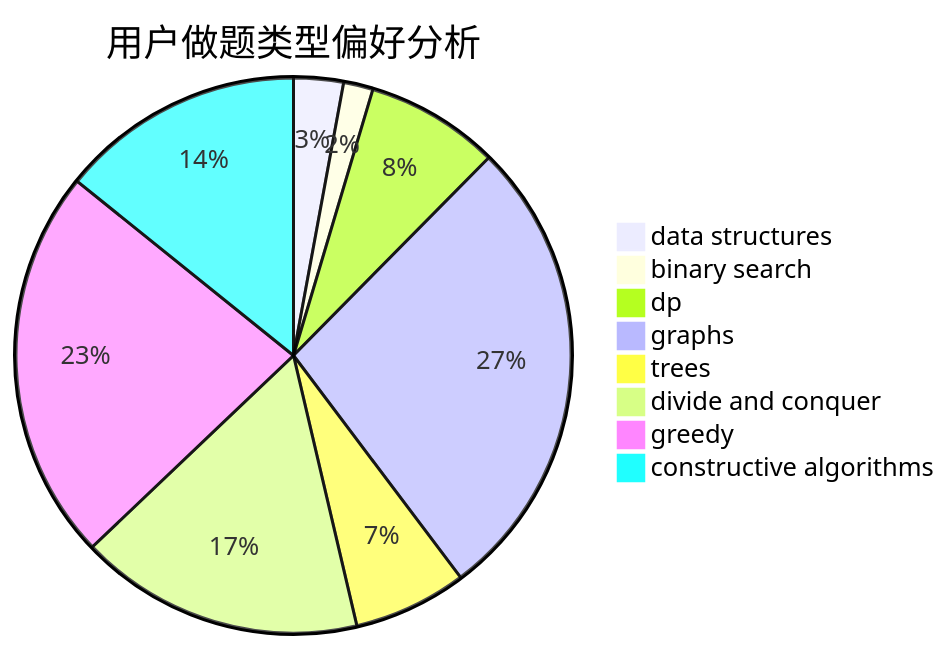
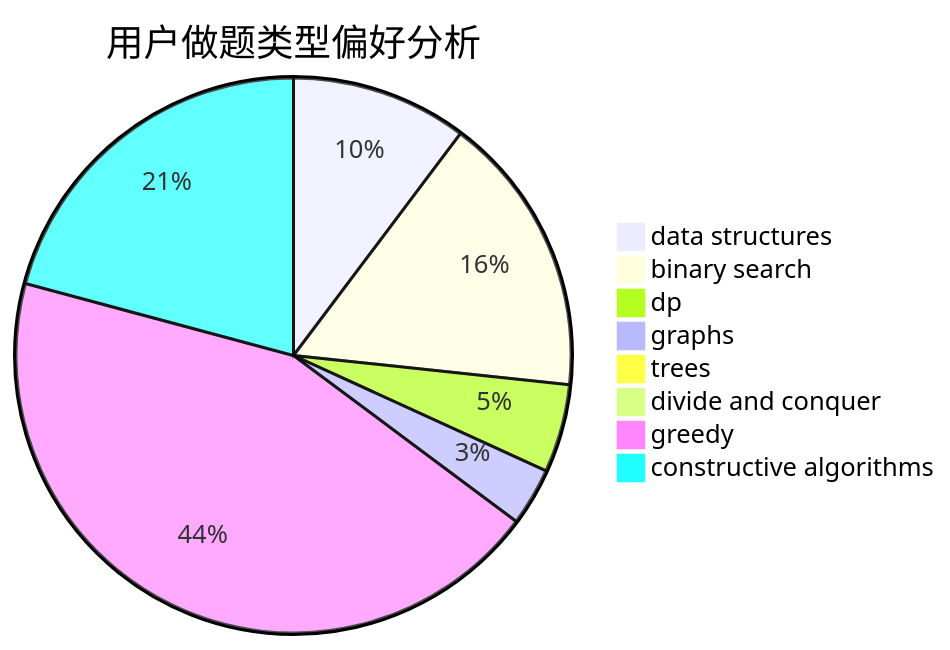
One commit to sherpahu/cfrs.github.io changed the second of 3 diagrams in docs/user/u353.md. Above: the diagram before and after it, drawn with Mermaid. The commit also changed other lines of this file and 2770 other files, not shown here.

````diff
--- a/docs/user/u353.md
+++ b/docs/user/u353.md
@@ -23,11 +23,11 @@
 ```mermaid
 pie title 用户做题类型偏好分析
-    "data structures" :  32
-    "binary search" :  19
-    "dp" :  86
-    "graphs" :  302
-    "trees" :  73
-    "divide and conquer" :  183
-    "greedy" :  253
-    "constructive algorithms" :  157
+    "data structures" :  70
+    "binary search" :  112
+    "dp" :  35
+    "graphs" :  23
+    "trees" :  2
+    "divide and conquer" :  0
+    "greedy" :  300
+    "constructive algorithms" :  142
 ```
````
